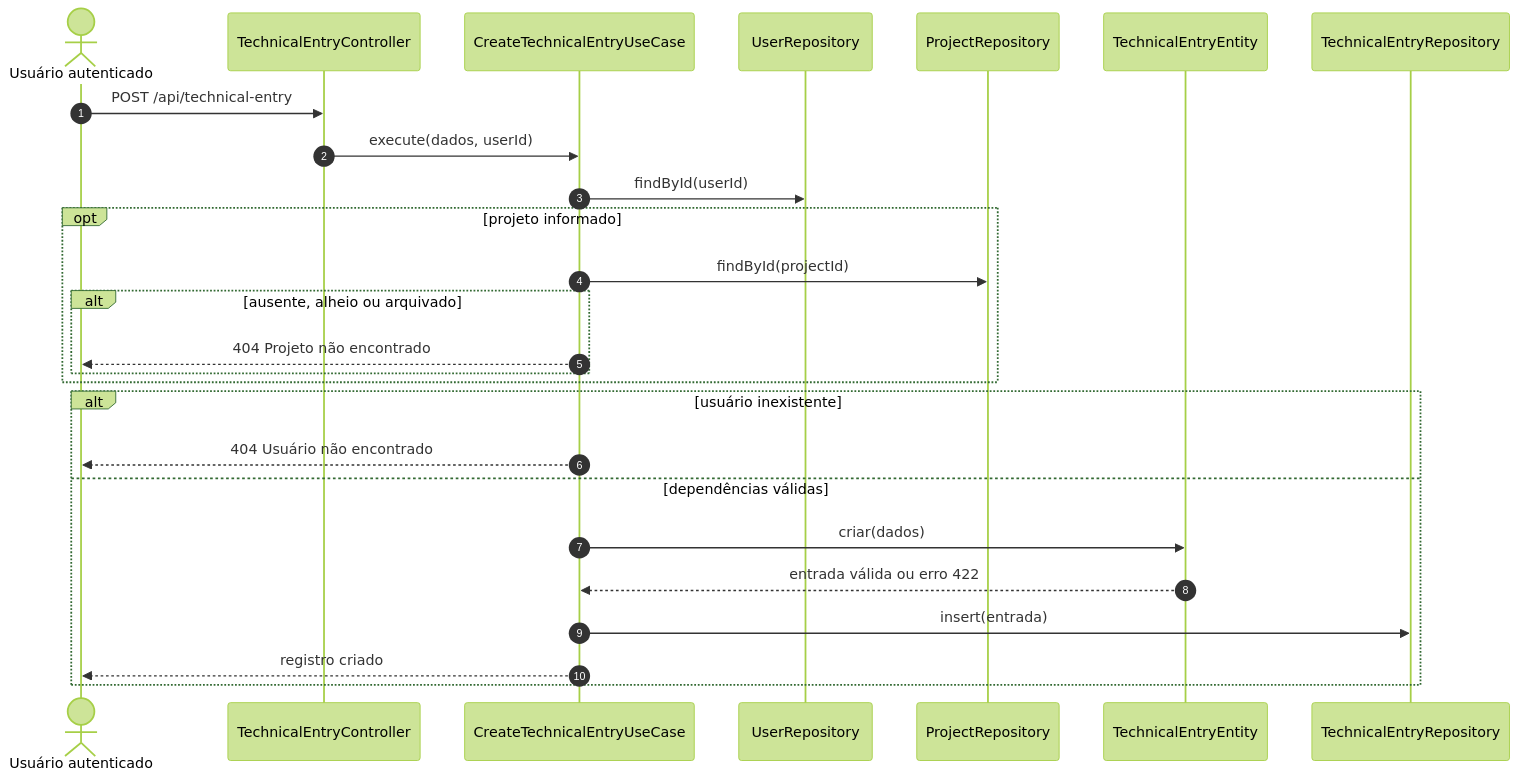
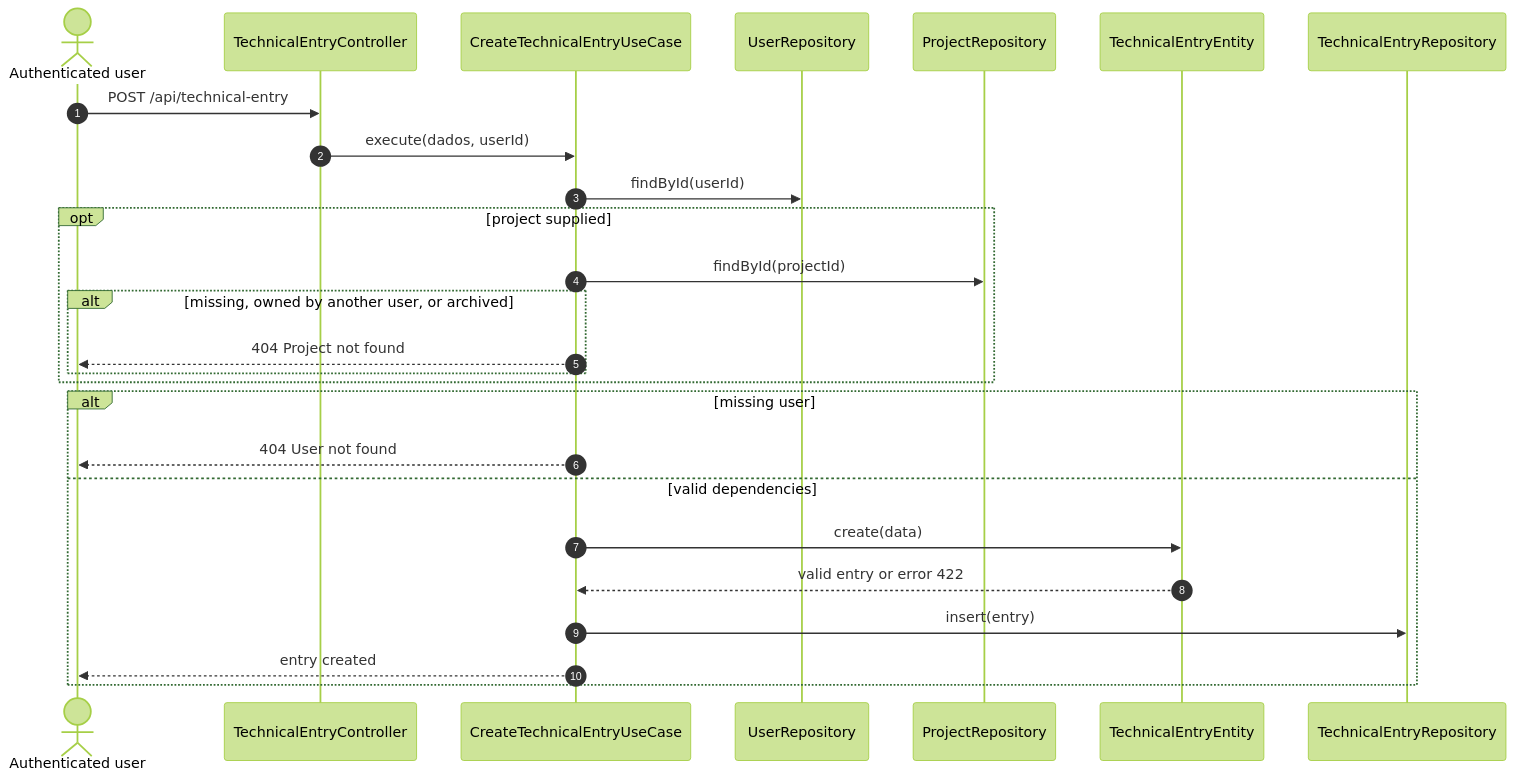
Before and after one commit to Lucalopezz/DevLog: the first of 6 diagrams in docs/diagrams/sequences/technical-entries.md, drawn with Mermaid (forest theme). The commit also changed other lines of this file and 235 other files, not shown here.

````diff
--- a/docs/diagrams/sequences/technical-entries.md
+++ b/docs/diagrams/sequences/technical-entries.md
@@ -5,29 +5,29 @@
 ```mermaid
 sequenceDiagram
     autonumber
-    actor Usuario as Usuário autenticado
+    actor UserActor as Authenticated user
     participant C as TechnicalEntryController
     participant UC as CreateTechnicalEntryUseCase
     participant URepo as UserRepository
     participant PRepo as ProjectRepository
     participant Entry as TechnicalEntryEntity
     participant ERepo as TechnicalEntryRepository
 
-    Usuario->>C: POST /api/technical-entry
+    UserActor->>C: POST /api/technical-entry
     C->>UC: execute(dados, userId)
     UC->>URepo: findById(userId)
-    opt projeto informado
+    opt project supplied
         UC->>PRepo: findById(projectId)
-        alt ausente, alheio ou arquivado
-            UC-->>Usuario: 404 Projeto não encontrado
+        alt missing, owned by another user, or archived
+            UC-->>UserActor: 404 Project not found
         end
     end
-    alt usuário inexistente
-        UC-->>Usuario: 404 Usuário não encontrado
-    else dependências válidas
-        UC->>Entry: criar(dados)
-        Entry-->>UC: entrada válida ou erro 422
-        UC->>ERepo: insert(entrada)
-        UC-->>Usuario: registro criado
+    alt missing user
+        UC-->>UserActor: 404 User not found
+    else valid dependencies
+        UC->>Entry: create(data)
+        Entry-->>UC: valid entry or error 422
+        UC->>ERepo: insert(entry)
+        UC-->>UserActor: entry created
     end
 ```
````
